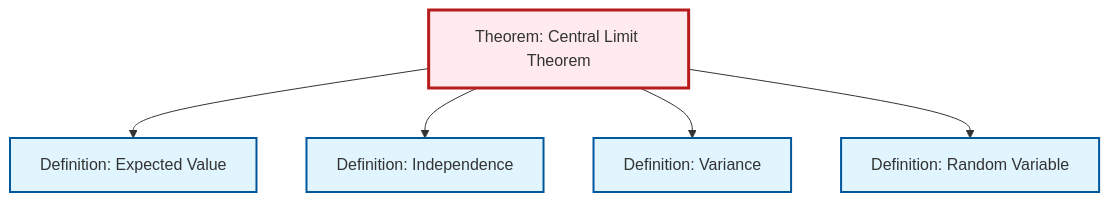
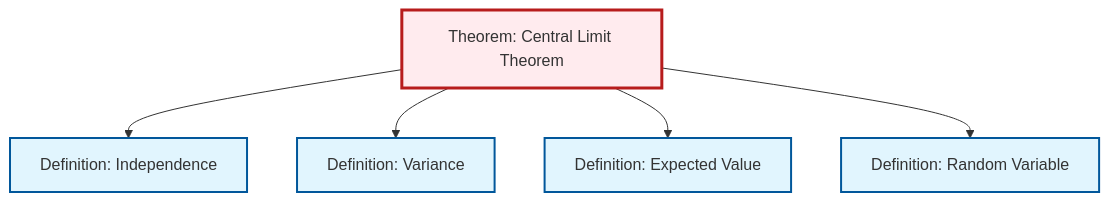
The second of 2 diagrams in content/ja/probability-statistics/thm-central-limit.qmd (RK0429/ModernMath), drawn with Mermaid before and after one commit. The commit also changed other lines of this file and 554 other files, not shown here.

````diff
--- a/content/ja/probability-statistics/thm-central-limit.qmd
+++ b/content/ja/probability-statistics/thm-central-limit.qmd
@@ -110,23 +110,23 @@
 ```{mermaid}
 %%| fig-cap: "Local dependency graph"
 graph TD
     classDef definition fill:#e1f5fe,stroke:#01579b,stroke-width:2px
     classDef theorem fill:#f3e5f5,stroke:#4a148c,stroke-width:2px
     classDef axiom fill:#fff3e0,stroke:#e65100,stroke-width:2px
     classDef example fill:#e8f5e9,stroke:#1b5e20,stroke-width:2px
     classDef current fill:#ffebee,stroke:#b71c1c,stroke-width:3px
+    def-variance["Definition: Variance"]:::definition
     def-random-variable["Definition: Random Variable"]:::definition
+    thm-central-limit["Theorem: Central Limit Theorem"]:::theorem
+    def-independence["Definition: Independence"]:::definition
     def-expectation["Definition: Expected Value"]:::definition
-    def-independence["Definition: Independence"]:::definition
-    thm-central-limit["Theorem: Central Limit Theorem"]:::theorem
-    def-variance["Definition: Variance"]:::definition
-    thm-central-limit --> def-expectation
     thm-central-limit --> def-independence
     thm-central-limit --> def-variance
+    thm-central-limit --> def-expectation
     thm-central-limit --> def-random-variable
     class thm-central-limit current
+    click def-variance "def-variance.html" "Definition: Varianceへ"
     click def-random-variable "def-random-variable.html" "Definition: Random Variableへ"
+    click def-independence "def-independence.html" "Definition: Independenceへ"
     click def-expectation "def-expectation.html" "Definition: Expected Valueへ"
-    click def-independence "def-independence.html" "Definition: Independenceへ"
-    click def-variance "def-variance.html" "Definition: Varianceへ"
 ```
````
